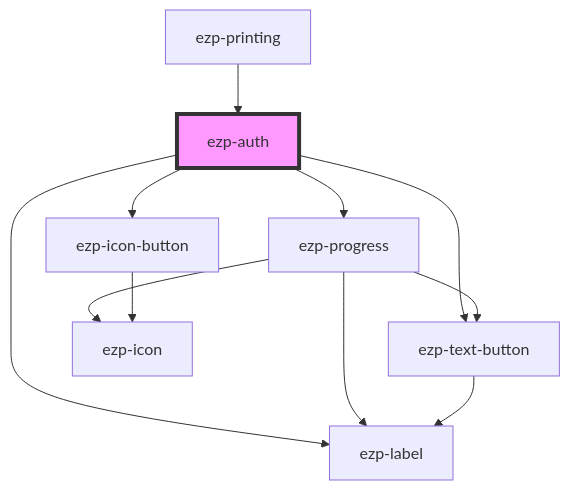
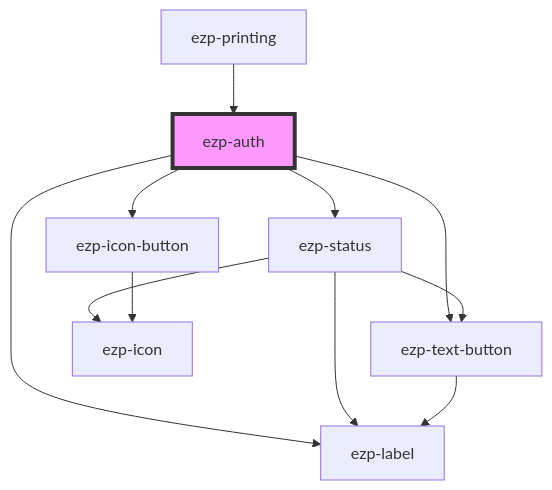
Before and after one commit to ezeep/ezeep-js: the diagram in src/components/ezp-auth/readme.md, drawn with Mermaid. The commit also changed other lines of this file and 12 other files, not shown here.

Commit message:
Rename progress component -> status

````diff
--- a/src/components/ezp-auth/readme.md
+++ b/src/components/ezp-auth/readme.md
@@ -35,14 +35,14 @@
 ```mermaid
 graph TD;
-  ezp-auth --> ezp-progress
+  ezp-auth --> ezp-status
   ezp-auth --> ezp-icon-button
   ezp-auth --> ezp-label
   ezp-auth --> ezp-text-button
-  ezp-progress --> ezp-icon
-  ezp-progress --> ezp-label
-  ezp-progress --> ezp-text-button
+  ezp-status --> ezp-icon
+  ezp-status --> ezp-label
+  ezp-status --> ezp-text-button
   ezp-text-button --> ezp-label
   ezp-icon-button --> ezp-icon
   ezp-printing --> ezp-auth
   style ezp-auth fill:#f9f,stroke:#333,stroke-width:4px
 ```
````
